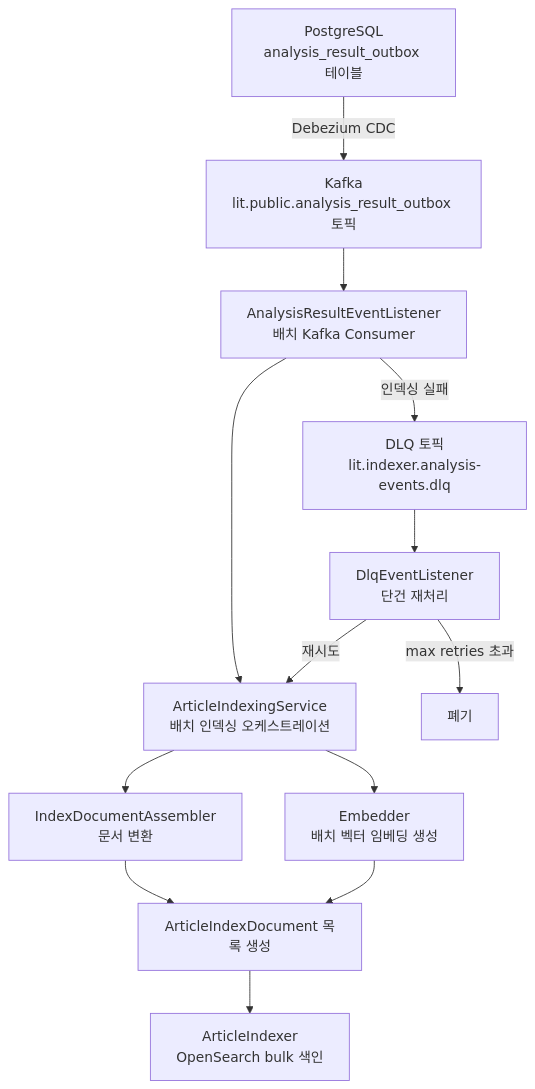
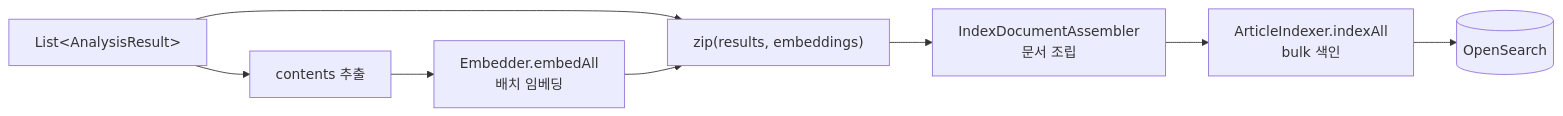
Before and after one commit to vonkernel/local-incident-tracker: the first of 5 diagrams in indexer/README.md, drawn with Mermaid. The commit also changed other lines of this file and 97 other files, not shown here.

First line of the commit message:
Refactor to FP architecture with documentation updates (#17)

````diff
--- a/indexer/README.md
+++ b/indexer/README.md
@@ -42,15 +11,10 @@
 ```mermaid
-flowchart TD
-    A[PostgreSQL<br/>analysis_result_outbox 테이블] -->|Debezium CDC| B[Kafka<br/>lit.public.analysis_result_outbox 토픽]
-    B --> C[AnalysisResultEventListener<br/>배치 Kafka Consumer]
-    C --> D[ArticleIndexingService<br/>배치 인덱싱 오케스트레이션]
-    D --> E[IndexDocumentAssembler<br/>문서 변환]
-    D --> F[Embedder<br/>배치 벡터 임베딩 생성]
-    E --> G[ArticleIndexDocument 목록 생성]
-    F --> G
-    G --> H[ArticleIndexer<br/>OpenSearch bulk 색인]
-    C -->|인덱싱 실패| I[DLQ 토픽<br/>lit.indexer.analysis-events.dlq]
-    I --> J[DlqEventListener<br/>단건 재처리]
-    J -->|재시도| D
-    J -->|max retries 초과| K[폐기]
+flowchart LR
+    A["List&lt;AnalysisResult&gt;"] --> B["contents 추출"]
+    B --> C["Embedder.embedAll<br/>배치 임베딩"]
+    A --> D["zip(results, embeddings)"]
+    C --> D
+    D --> E["IndexDocumentAssembler<br/>문서 조립"]
+    E --> F["ArticleIndexer.indexAll<br/>bulk 색인"]
+    F --> G[(OpenSearch)]
 ```
````
